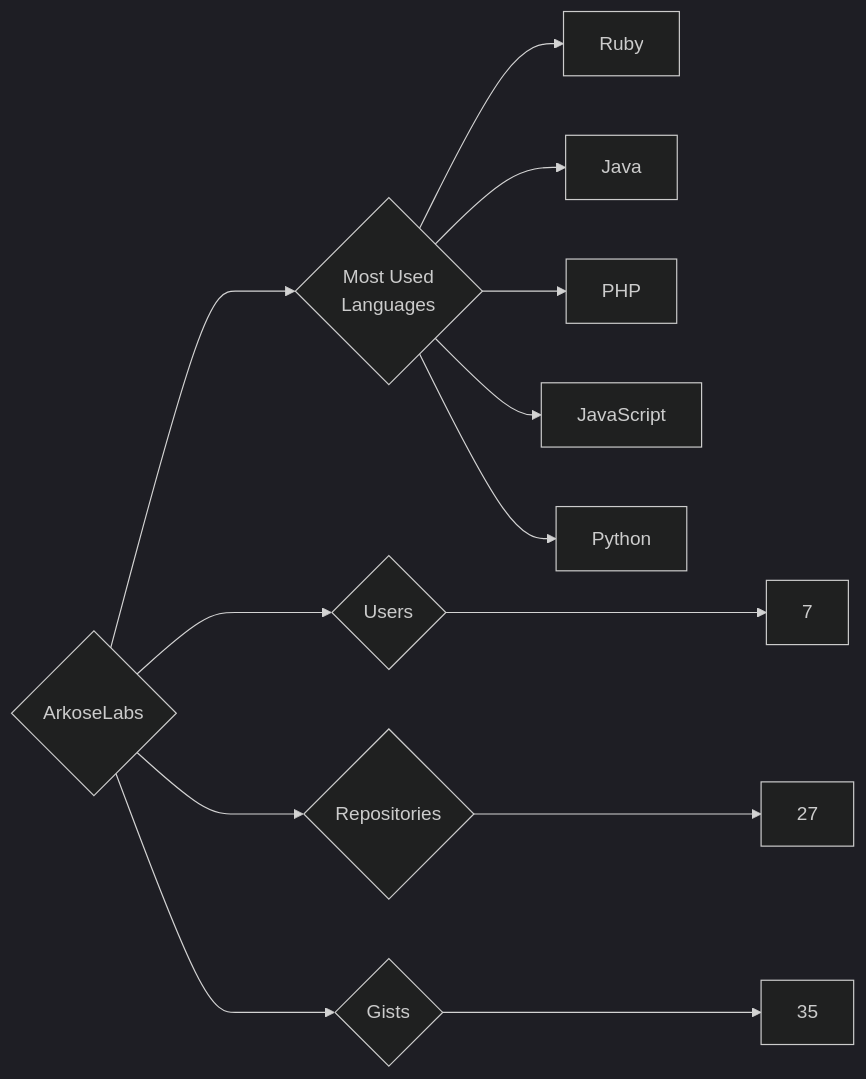
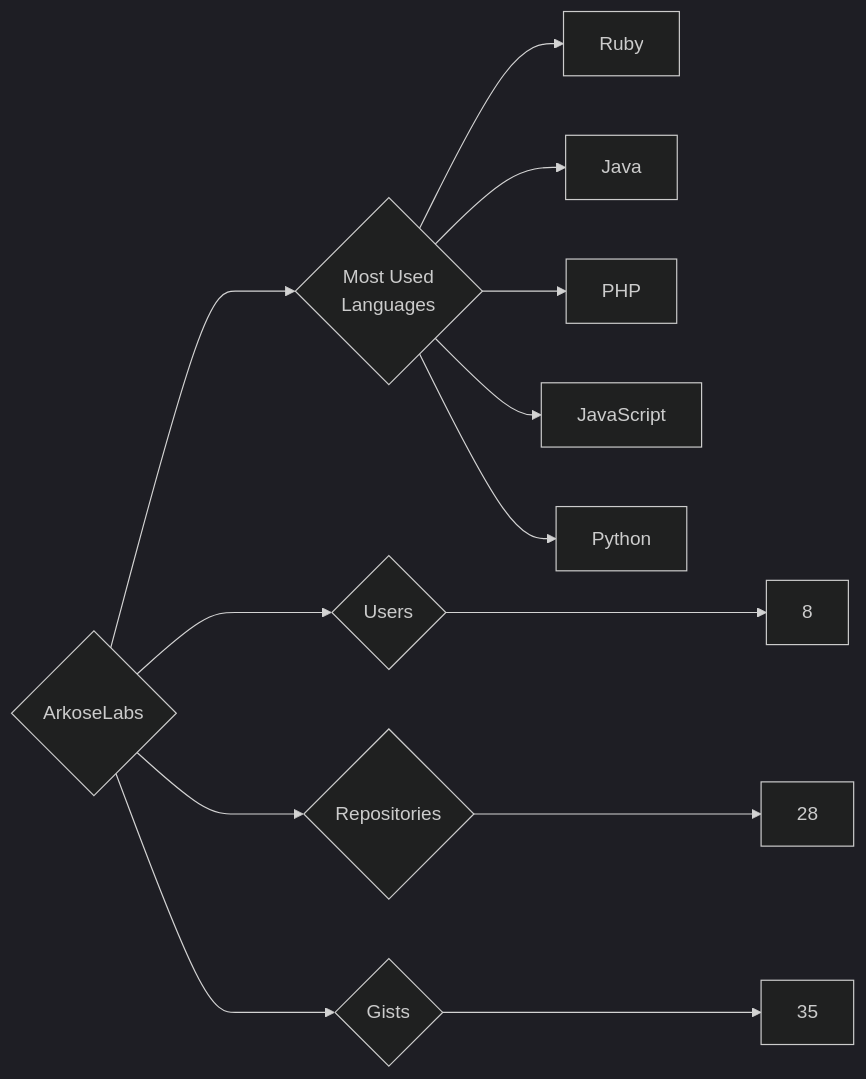
Before and after one commit to trickest/insiders: the diagram in targets/ArkoseLabs/README.md, drawn with Mermaid (dark theme). The commit also changed 988 other files, not shown here.

````diff
--- a/targets/ArkoseLabs/README.md
+++ b/targets/ArkoseLabs/README.md
@@ -3,13 +3,13 @@
 ```mermaid
 graph LR
 COMPANY_NAME{ArkoseLabs}
-COMPANY_NAME ---> U{Users} ---> UN[7]
-COMPANY_NAME ---> R{Repositories} ---> RN[27]
+COMPANY_NAME ---> U{Users} ---> UN[8]
+COMPANY_NAME ---> R{Repositories} ---> RN[28]
 COMPANY_NAME ---> G{Gists} ---> GN[35]
 COMPANY_NAME ---> ML{Most Used<br>Languages}
 ML --> Ruby[Ruby]
 ML --> Java[Java]
 ML --> PHP[PHP]
 ML --> JavaScript[JavaScript]
 ML --> Python[Python]
 ```
````
